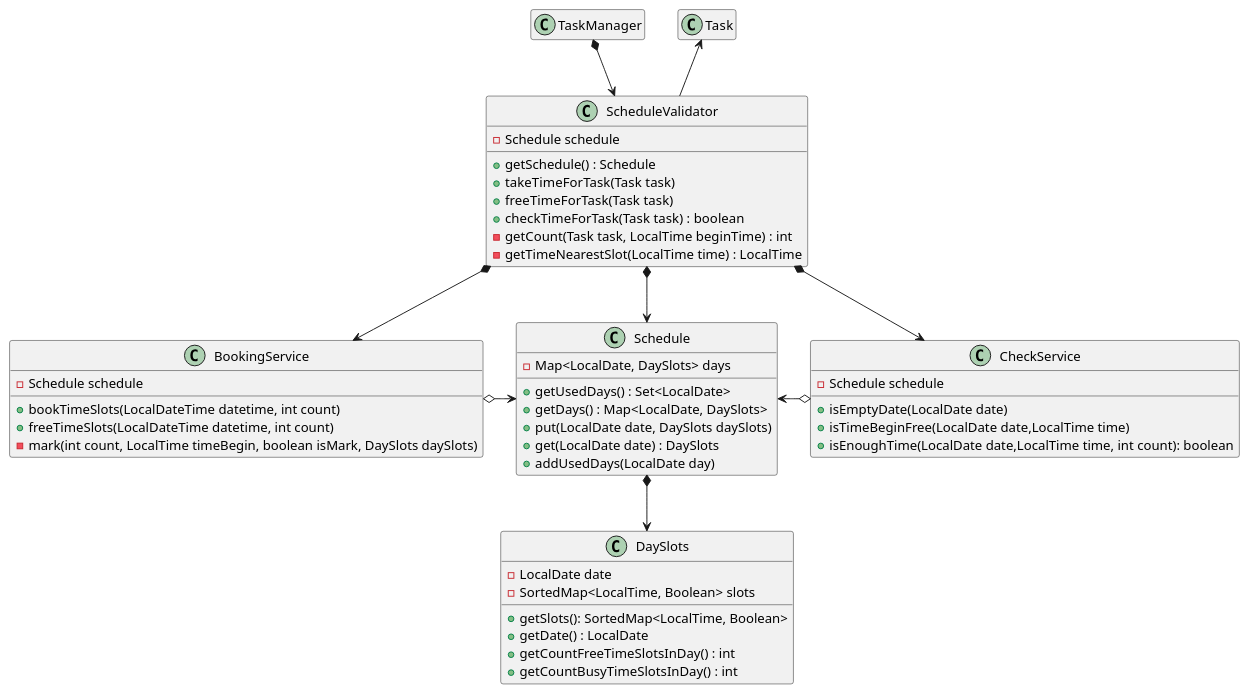
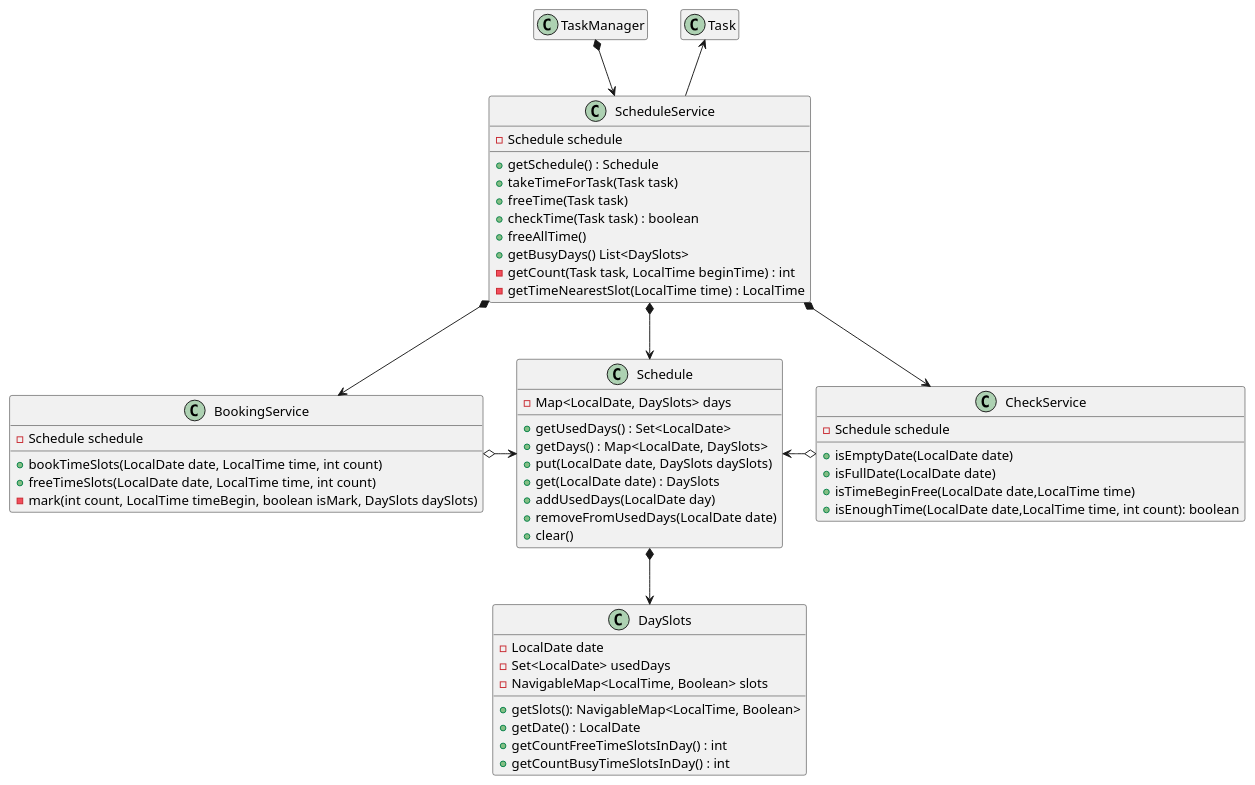
Before and after one commit to catarena-s/java-kanban: the diagram in src/ru/yandex/practicum/kanban/managers/schadule/Shedule.puml, drawn with PlantUML. The commit also changed 22 other files, not shown here.

```diff
--- a/src/ru/yandex/practicum/kanban/managers/schadule/Shedule.puml
+++ b/src/ru/yandex/practicum/kanban/managers/schadule/Shedule.puml
@@ -1,67 +1,66 @@
 @startuml
 'https://plantuml.com/class-diagram
 class Task
 class DaySlots {
 - LocalDate date
-- SortedMap<LocalTime, Boolean> slots
-+ getSlots(): SortedMap<LocalTime, Boolean>
+- Set<LocalDate> usedDays
+- NavigableMap<LocalTime, Boolean> slots
++ getSlots(): NavigableMap<LocalTime, Boolean>
 + getDate() : LocalDate
 + getCountFreeTimeSlotsInDay() : int
 + getCountBusyTimeSlotsInDay() : int
 }
 class Schedule {
 - Map<LocalDate, DaySlots> days
 + getUsedDays() : Set<LocalDate>
 + getDays() : Map<LocalDate, DaySlots>
 + put(LocalDate date, DaySlots daySlots)
 + get(LocalDate date) : DaySlots
 + addUsedDays(LocalDate day)
++ removeFromUsedDays(LocalDate date)
++ clear()
 }
-class ScheduleValidator{
+class ScheduleService {
 - Schedule schedule
 + getSchedule() : Schedule
 + takeTimeForTask(Task task)
-+ freeTimeForTask(Task task)
-+ checkTimeForTask(Task task) : boolean
-'+ getBusyDays() List<DaySlots>
++ freeTime(Task task)
++ checkTime(Task task) : boolean
++ freeAllTime()
++ getBusyDays() List<DaySlots>
 - getCount(Task task, LocalTime beginTime) : int
 - getTimeNearestSlot(LocalTime time) : LocalTime
 }
-'class ScheduleUtil {
-'{static} boolean PRINT_REPORT = false
-'+ print(DaySlots daySlots, boolean isPrintAll)
-''+ printDay(ScheduleService validator, Task task, boolean isPrintAll)
-'- getEntryStream(final DaySlots daySlots, boolean isPrintAll) Optional<Stream<Map.Entry<LocalTime, Boolean>>>
-'- getStreamConsumer(int size) : Consumer<Stream<Map.Entry<LocalTime, Boolean>>>
-'}
+
 class BookingService{
 - Schedule schedule
-+ bookTimeSlots(LocalDateTime datetime, int count)
-+ freeTimeSlots(LocalDateTime datetime, int count)
++ bookTimeSlots(LocalDate date, LocalTime time, int count)
++ freeTimeSlots(LocalDate date, LocalTime time, int count)
 - mark(int count, LocalTime timeBegin, boolean isMark, DaySlots daySlots)
 }
 class CheckService{
 - Schedule schedule
 + isEmptyDate(LocalDate date)
++ isFullDate(LocalDate date)
 + isTimeBeginFree(LocalDate date,LocalTime time)
 + isEnoughTime(LocalDate date,LocalTime time, int count): boolean
 }
 
 'ScheduleUtil -up-> ScheduleService
 'ScheduleUtil -up-> DaySlots
 'BookingService .left.> DaySlots
 'CheckService .right.> DaySlots
 Schedule *--> DaySlots
-ScheduleValidator *--> Schedule
-ScheduleValidator *--> BookingService
-ScheduleValidator *--> CheckService
+ScheduleService *--> Schedule
+ScheduleService *--> BookingService
+ScheduleService *--> CheckService
 Schedule <-right-o CheckService
 Schedule <-left-o BookingService
 
-ScheduleValidator -up-> Task
-ScheduleValidator <-up-* TaskManager
+ScheduleService -up-> Task
+ScheduleService <-up-* TaskManager
 
 hide Task members
 hide TaskManager members
 
 @enduml
```
